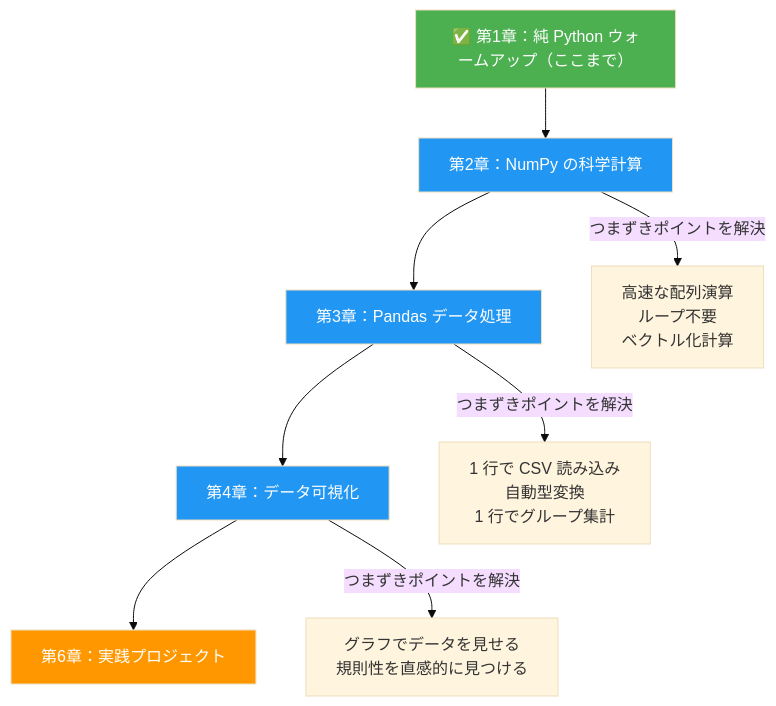
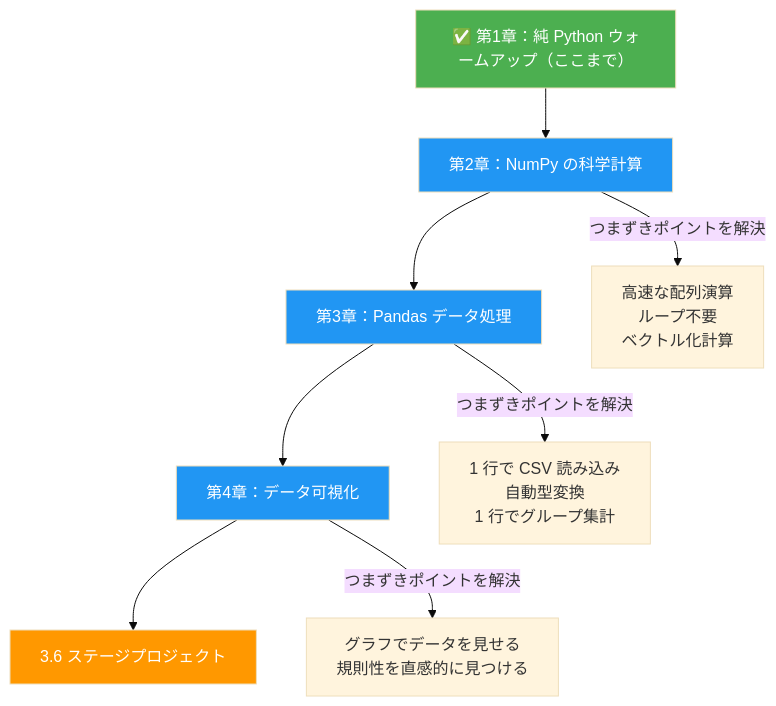
The third of 3 diagrams in i18n/ja/docusaurus-plugin-content-docs/current/ch03-data-analysis/ch01-warmup/01-pure-python-data.md (oudbiao/AI-fullstack-course), drawn with Mermaid (base theme) before and after one commit. The commit also changed other lines of this file and 1296 other files, not shown here.

````diff
--- a/i18n/ja/docusaurus-plugin-content-docs/current/ch03-data-analysis/ch01-warmup/01-pure-python-data.md
+++ b/i18n/ja/docusaurus-plugin-content-docs/current/ch03-data-analysis/ch01-warmup/01-pure-python-data.md
@@ -676,17 +676,17 @@
 ```mermaid
 flowchart TD
     A["✅ 第1章：純 Python ウォームアップ（ここまで）"] --> B["第2章：NumPy の科学計算"]
     B --> C["第3章：Pandas データ処理"]
     C --> D["第4章：データ可視化"]
-    D --> E["第6章：実践プロジェクト"]
+    D --> E["3.6 ステージプロジェクト"]
 
     B -- "つまずきポイントを解決" --> B1["高速な配列演算<br/>ループ不要<br/>ベクトル化計算"]
     C -- "つまずきポイントを解決" --> C1["1 行で CSV 読み込み<br/>自動型変換<br/>1 行でグループ集計"]
     D -- "つまずきポイントを解決" --> D1["グラフでデータを見せる<br/>規則性を直感的に見つける"]
 
     style A fill:#4caf50,color:#fff
     style B fill:#2196f3,color:#fff
     style C fill:#2196f3,color:#fff
     style D fill:#2196f3,color:#fff
     style E fill:#ff9800,color:#fff
 ```
````
